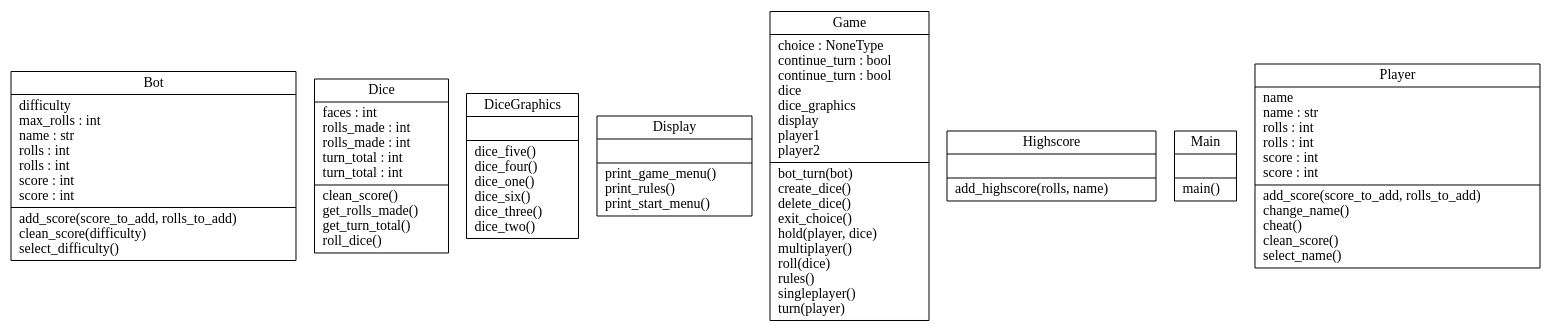
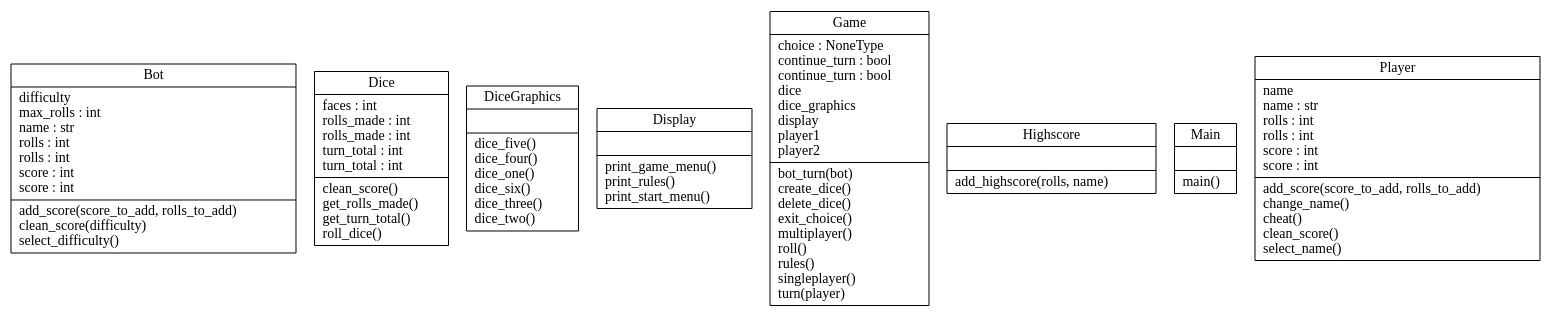
One commit to LoudSpook/Sustainable_prog_Project changed the diagram in classes.dot. Above: the diagram before and after it, drawn with Graphviz. The commit also changed 13 other files, not shown here.

```diff
--- a/classes.dot
+++ b/classes.dot
@@ -1,12 +1,12 @@
 digraph "classes" {
 rankdir=BT
 charset="utf-8"
 "game.bot.Bot" [color="black", fontcolor="black", label="{Bot|difficulty\lmax_rolls : int\lname : str\lrolls : int\lrolls : int\lscore : int\lscore : int\l|add_score(score_to_add, rolls_to_add)\lclean_score(difficulty)\lselect_difficulty()\l}", shape="record", style="solid"];
 "game.dice.Dice" [color="black", fontcolor="black", label="{Dice|faces : int\lrolls_made : int\lrolls_made : int\lturn_total : int\lturn_total : int\l|clean_score()\lget_rolls_made()\lget_turn_total()\lroll_dice()\l}", shape="record", style="solid"];
 "game.dice_graphics.DiceGraphics" [color="black", fontcolor="black", label="{DiceGraphics|\l|dice_five()\ldice_four()\ldice_one()\ldice_six()\ldice_three()\ldice_two()\l}", shape="record", style="solid"];
 "game.display.Display" [color="black", fontcolor="black", label="{Display|\l|print_game_menu()\lprint_rules()\lprint_start_menu()\l}", shape="record", style="solid"];
-"game.game.Game" [color="black", fontcolor="black", label="{Game|choice : NoneType\lcontinue_turn : bool\lcontinue_turn : bool\ldice\ldice_graphics\ldisplay\lplayer1\lplayer2\l|bot_turn(bot)\lcreate_dice()\ldelete_dice()\lexit_choice()\lhold(player, dice)\lmultiplayer()\lroll(dice)\lrules()\lsingleplayer()\lturn(player)\l}", shape="record", style="solid"];
+"game.game.Game" [color="black", fontcolor="black", label="{Game|choice : NoneType\lcontinue_turn : bool\lcontinue_turn : bool\ldice\ldice_graphics\ldisplay\lplayer1\lplayer2\l|bot_turn(bot)\lcreate_dice()\ldelete_dice()\lexit_choice()\lmultiplayer()\lroll()\lrules()\lsingleplayer()\lturn(player)\l}", shape="record", style="solid"];
 "game.highscore.Highscore" [color="black", fontcolor="black", label="{Highscore|\l|add_highscore(rolls, name)\l}", shape="record", style="solid"];
 "game.main.Main" [color="black", fontcolor="black", label="{Main|\l|main()\l}", shape="record", style="solid"];
 "game.player.Player" [color="black", fontcolor="black", label="{Player|name\lname : str\lrolls : int\lrolls : int\lscore : int\lscore : int\l|add_score(score_to_add, rolls_to_add)\lchange_name()\lcheat()\lclean_score()\lselect_name()\l}", shape="record", style="solid"];
 }
```
